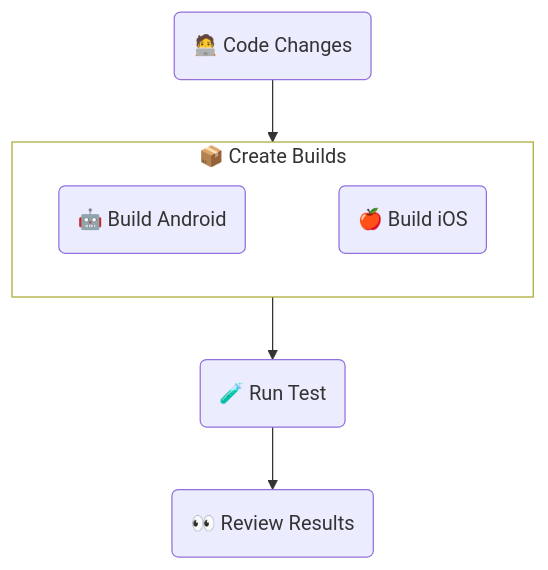
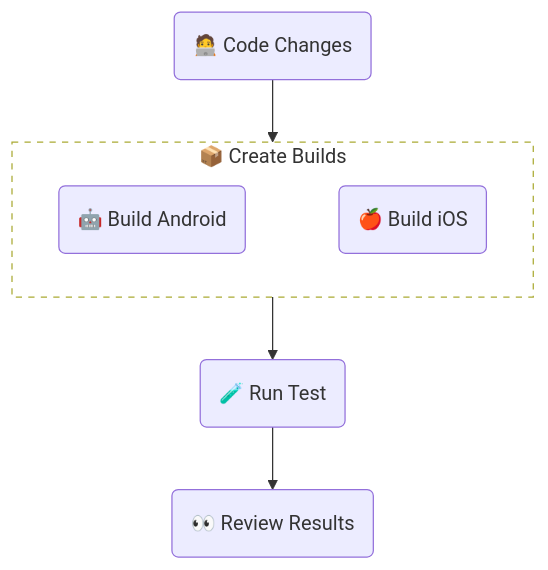
Before and after one commit to sherlo-io/sherlo: the diagram in examples/standard/README.md, drawn with Mermaid.

Commit message:
no message

````diff
--- a/examples/standard/README.md
+++ b/examples/standard/README.md
@@ -14,16 +14,16 @@
 ```mermaid
 flowchart TB
    UI(🧑‍💻 Code Changes)
    subgraph Build[📦 Create Builds]
       Android(🤖 Build Android)
       iOS(🍎 Build iOS)
       Android ~~~ iOS
-      style Build fill:#00000000
+      style Build fill:#00000000,stroke-dasharray: 5 5
    end
    Test(🧪 Run Test)
    Review(👀 Review Results)
 
    UI --> Build
    Build --> Test
    Test --> Review
 ```
````
